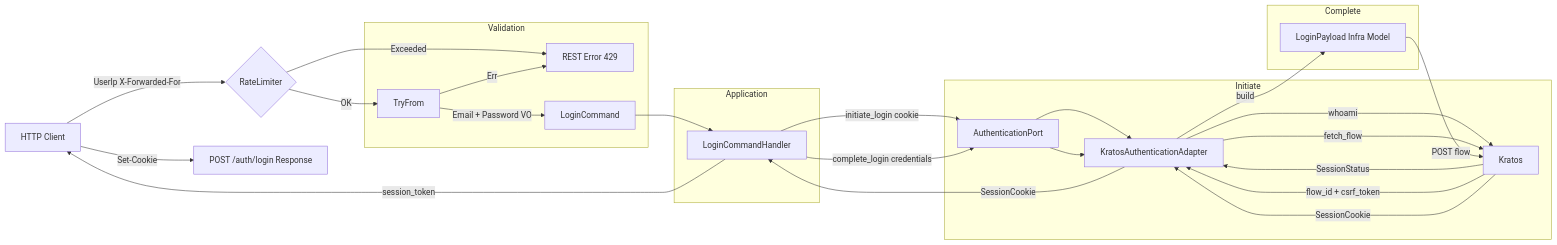
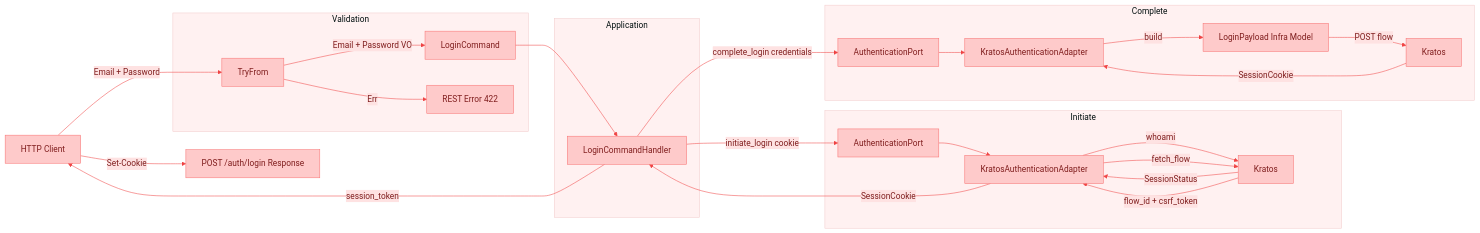
One commit to justventure/engineer-challenge changed the first of 3 diagrams in README.md. Above: the diagram before and after it, drawn with Mermaid. The commit also changed other lines of this file, not shown here.

````diff
--- a/README.md
+++ b/README.md
@@ -66,37 +61,31 @@
 ```mermaid
+%%{init: {'theme': 'base', 'themeVariables': {'primaryColor': '#FECACA', 'primaryTextColor': '#7F1D1D', 'primaryBorderColor': '#F87171', 'lineColor': '#EF4444', 'secondaryColor': '#FEE2E2', 'tertiaryColor': '#FFF1F1'}}}%%
 flowchart LR
     Client[HTTP Client]
-    Client -->|UserIp X-Forwarded-For| RateLimit{RateLimiter}
-    RateLimit -->|Exceeded| RestError[REST Error 429]
-    RateLimit -->|OK| TryFrom
-
+    Client -->|Email + Password| TryFrom
     subgraph Validation
         TryFrom -->|Email + Password VO| LoginCommand
-        TryFrom -->|Err| RestError
+        TryFrom -->|Err| RestError[REST Error 422]
     end
-
     subgraph Application
         LoginCommand --> LoginCommandHandler
     end
-
     subgraph Initiate
         LoginCommandHandler -->|initiate_login cookie| AuthenticationPort
         AuthenticationPort --> KratosAuthenticationAdapter
         KratosAuthenticationAdapter -->|whoami| Kratos
         Kratos -->|SessionStatus| KratosAuthenticationAdapter
         KratosAuthenticationAdapter -->|fetch_flow| Kratos
         Kratos -->|flow_id + csrf_token| KratosAuthenticationAdapter
     end
-
     subgraph Complete
-        LoginCommandHandler -->|complete_login credentials| AuthenticationPort
-        AuthenticationPort --> KratosAuthenticationAdapter
-        KratosAuthenticationAdapter -->|build| LoginPayload[LoginPayload Infra Model]
-        LoginPayload -->|POST flow| Kratos
-        Kratos -->|SessionCookie| KratosAuthenticationAdapter
+        LoginCommandHandler -->|complete_login credentials| AuthenticationPort2[AuthenticationPort]
+        AuthenticationPort2 --> KratosAuthenticationAdapter2[KratosAuthenticationAdapter]
+        KratosAuthenticationAdapter2 -->|build| LoginPayload[LoginPayload Infra Model]
+        LoginPayload -->|POST flow| Kratos2[Kratos]
+        Kratos2 -->|SessionCookie| KratosAuthenticationAdapter2
     end
-
     KratosAuthenticationAdapter -->|SessionCookie| LoginCommandHandler
     LoginCommandHandler -->|session_token| Client
     Client -->|Set-Cookie| RestResponse[POST /auth/login Response]
 ```
````
